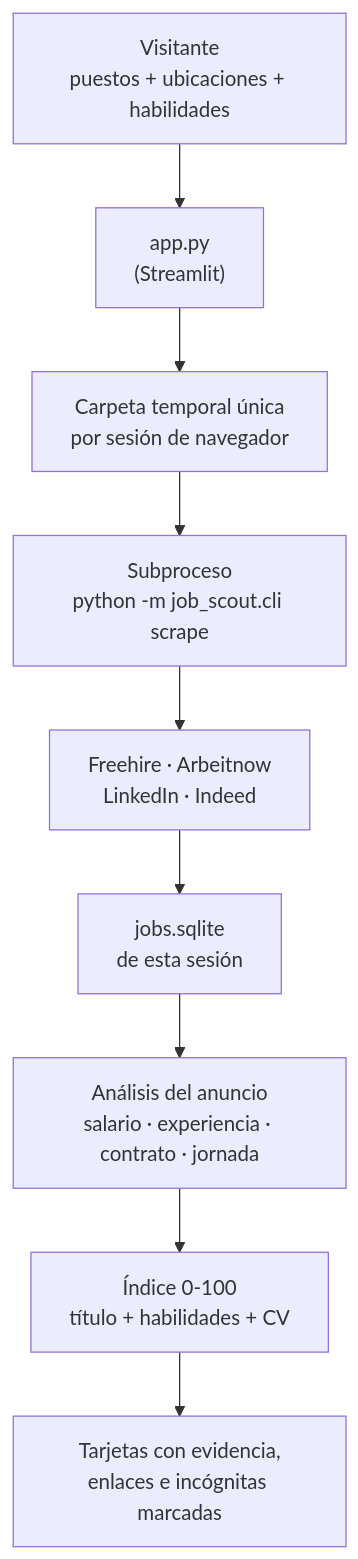
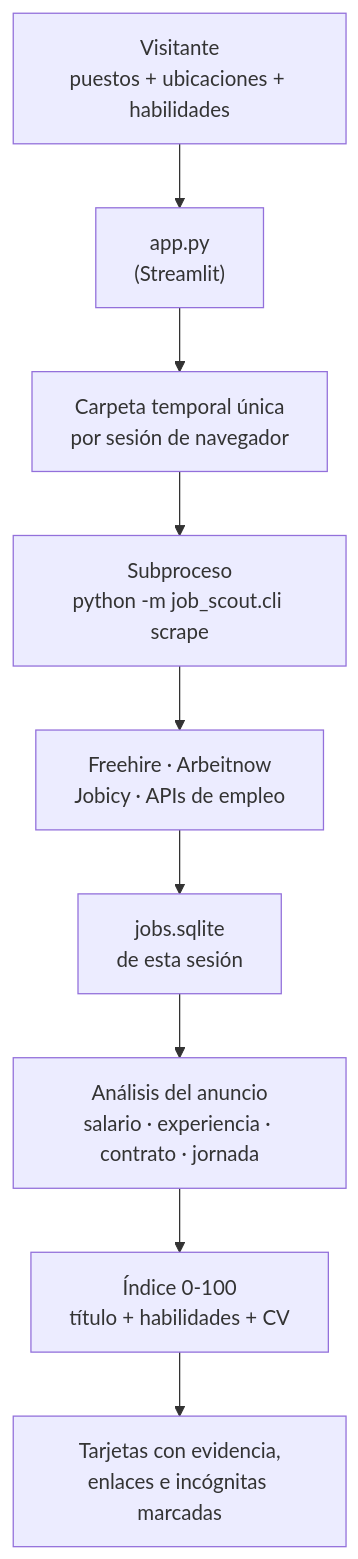
One commit to Dari025/jobscout-pro changed the diagram in README.md. Above: the diagram before and after it, drawn with Mermaid. The commit also changed other lines of this file and 30 other files, not shown here.

````diff
--- a/README.md
+++ b/README.md
@@ -9,11 +9,11 @@
 ```mermaid
 flowchart TD
     A["Visitante<br/>puestos + ubicaciones + habilidades"] --> B["app.py<br/>(Streamlit)"]
     B --> C["Carpeta temporal única<br/>por sesión de navegador"]
     C --> D["Subproceso<br/>python -m job_scout.cli scrape"]
-    D --> E["Freehire · Arbeitnow<br/>LinkedIn · Indeed"]
+    D --> E["Freehire · Arbeitnow<br/>Jobicy · APIs de empleo"]
     E --> F["jobs.sqlite<br/>de esta sesión"]
     F --> G["Análisis del anuncio<br/>salario · experiencia · contrato · jornada"]
     G --> H["Índice 0-100<br/>título + habilidades + CV"]
     H --> I["Tarjetas con evidencia,<br/>enlaces e incógnitas marcadas"]
 ```
````
